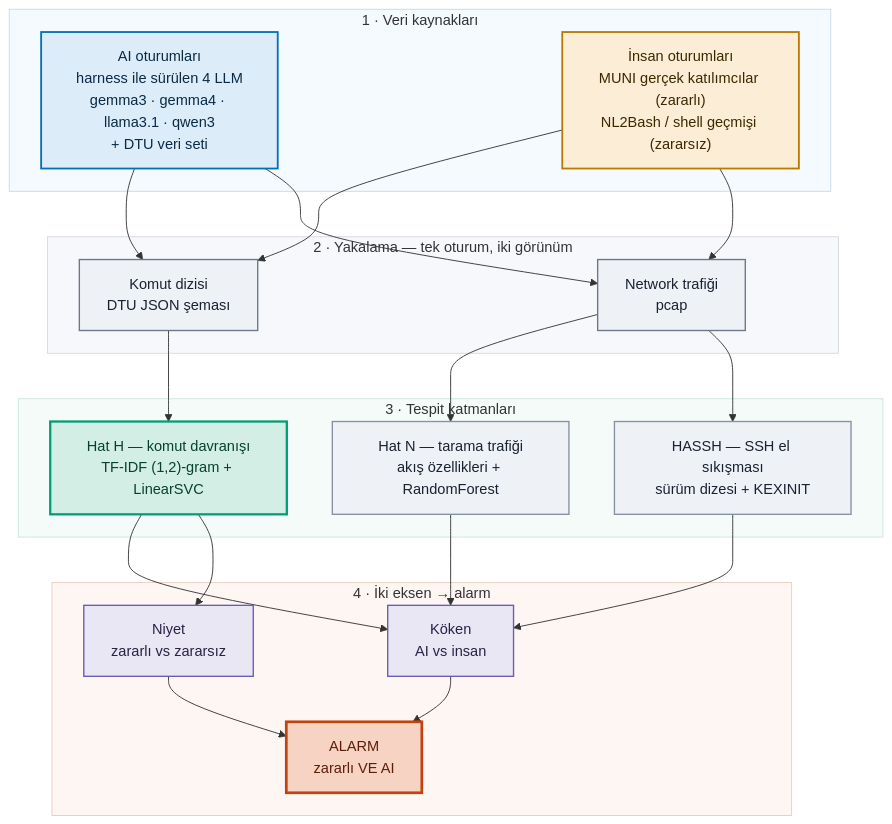
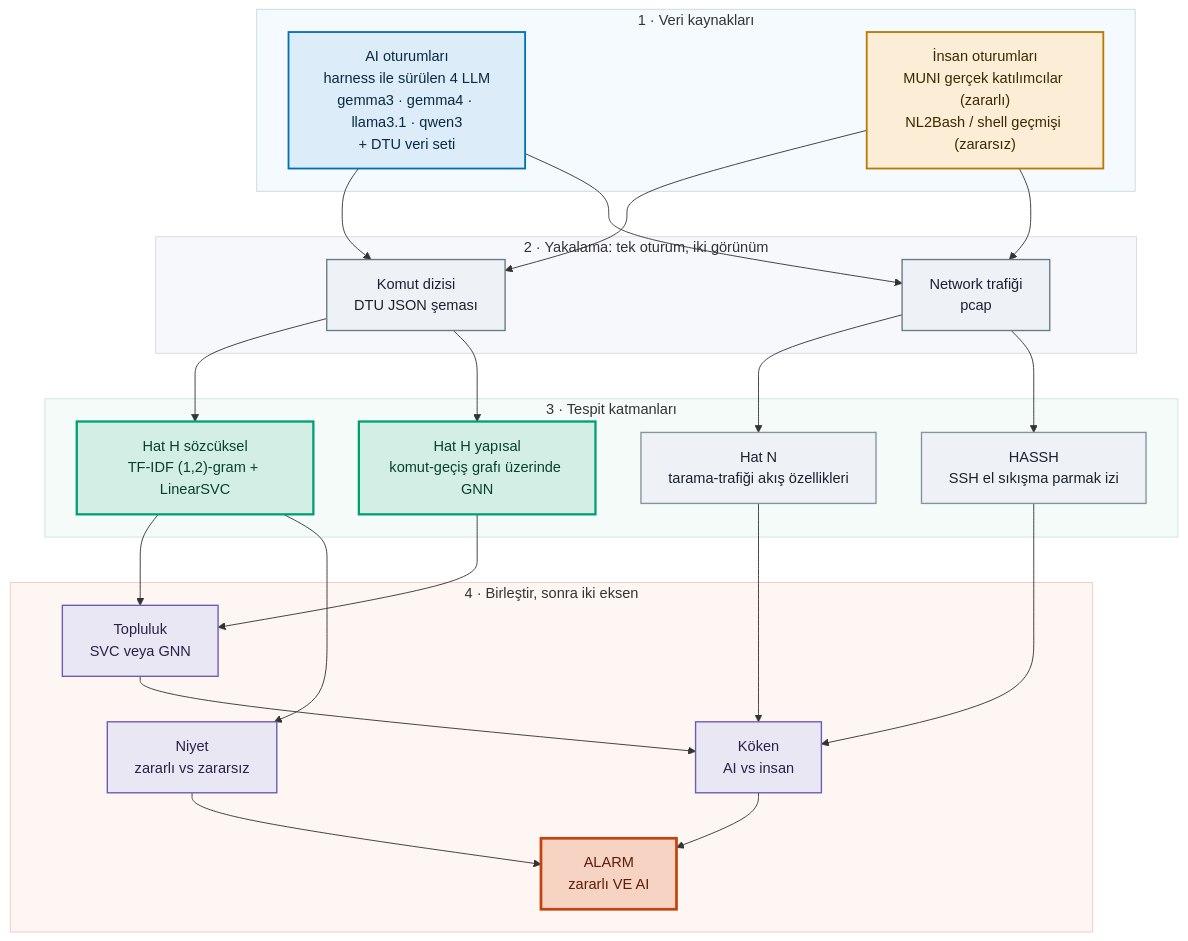
One commit to HawkPhantom/AI-Attack-IDS changed the second of 2 diagrams in README.md. Above: the diagram before and after it, drawn with Mermaid. The commit also changed other lines of this file and 4 other files, not shown here.

````diff
--- a/README.md
+++ b/README.md
@@ -249,53 +277,58 @@
 ```mermaid
 flowchart TB
     subgraph S1["1 · Veri kaynakları"]
         AI["AI oturumları<br/>harness ile sürülen 4 LLM<br/>gemma3 · gemma4 · llama3.1 · qwen3<br/>+ DTU veri seti"]
         HUM["İnsan oturumları<br/>MUNI gerçek katılımcılar (zararlı)<br/>NL2Bash / shell geçmişi (zararsız)"]
     end
-    subgraph S2["2 · Yakalama — tek oturum, iki görünüm"]
+    subgraph S2["2 · Yakalama: tek oturum, iki görünüm"]
         CMD["Komut dizisi<br/>DTU JSON şeması"]
         PCAP["Network trafiği<br/>pcap"]
     end
     subgraph S3["3 · Tespit katmanları"]
-        H["Hat H — komut davranışı<br/>TF-IDF (1,2)-gram + LinearSVC"]
-        N["Hat N — tarama trafiği<br/>akış özellikleri + RandomForest"]
-        HS["HASSH — SSH el sıkışması<br/>sürüm dizesi + KEXINIT"]
+        HSVC["Hat H sözcüksel<br/>TF-IDF (1,2)-gram + LinearSVC"]
+        HGNN["Hat H yapısal<br/>komut-geçiş grafı üzerinde GNN"]
+        N["Hat N<br/>tarama-trafiği akış özellikleri"]
+        HS["HASSH<br/>SSH el sıkışma parmak izi"]
     end
-    subgraph S4["4 · İki eksen → alarm"]
+    subgraph S4["4 · Birleştir, sonra iki eksen"]
+        ENS["Topluluk<br/>SVC veya GNN"]
         ORIG["Köken<br/>AI vs insan"]
         INT["Niyet<br/>zararlı vs zararsız"]
         AL["ALARM<br/>zararlı VE AI"]
     end
     AI --> CMD
     AI --> PCAP
     HUM --> CMD
     HUM --> PCAP
-    CMD --> H
+    CMD --> HSVC
+    CMD --> HGNN
     PCAP --> N
     PCAP --> HS
-    H --> ORIG
-    H --> INT
+    HSVC --> ENS
+    HGNN --> ENS
+    ENS --> ORIG
+    HSVC --> INT
     N --> ORIG
     HS --> ORIG
     ORIG --> AL
     INT --> AL
 
     classDef ai fill:#dcecf9,stroke:#0072B2,stroke-width:2px,color:#0a2a45
     classDef human fill:#fbedd6,stroke:#b87a00,stroke-width:2px,color:#3d2900
     classDef cap fill:#eef1f6,stroke:#6b7889,stroke-width:1.5px,color:#1a2230
     classDef main fill:#d3efe5,stroke:#009E73,stroke-width:2.5px,color:#08402e
     classDef det fill:#eef1f6,stroke:#8792a3,stroke-width:1.5px,color:#1a2230
     classDef axis fill:#eae7f5,stroke:#6a5cb0,stroke-width:1.5px,color:#2a2145
     classDef alarm fill:#f7d3c4,stroke:#c1440e,stroke-width:3px,color:#5c1e08
     class AI ai
     class HUM human
     class CMD,PCAP cap
-    class H main
+    class HSVC,HGNN main
     class N,HS det
-    class ORIG,INT axis
+    class ENS,ORIG,INT axis
     class AL alarm
     style S1 fill:#f5faff,stroke:#c5d9e8
     style S2 fill:#f7f8fb,stroke:#d4dae2
     style S3 fill:#f4fbf8,stroke:#c9e5da
     style S4 fill:#fdf6f3,stroke:#eccbbf
 ```
````
